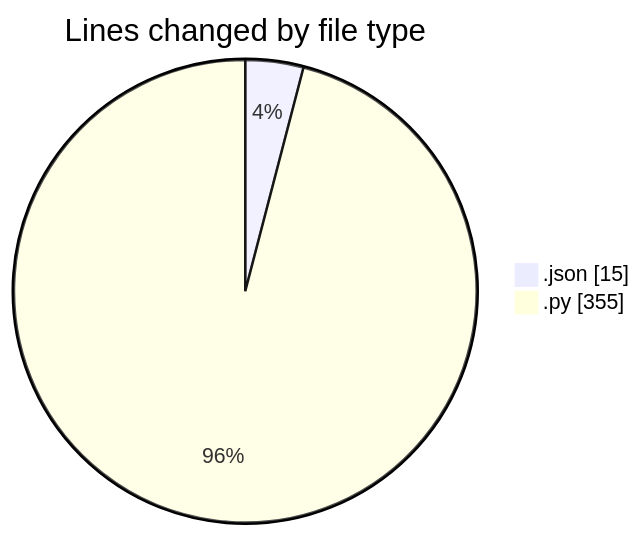
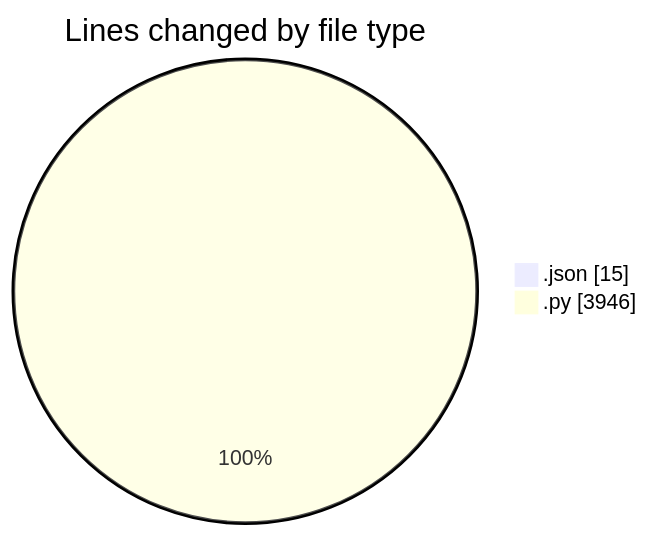
The first of 2 diagrams in 2025-10-04/untitled__workspace_/README.md (MatusMokan/code-tracking), drawn with Mermaid before and after one commit. The commit also changed other lines of this file and 1 other file, not shown here.

````diff
--- a/2025-10-04/untitled__workspace_/README.md
+++ b/2025-10-04/untitled__workspace_/README.md
@@ -21,6 +22,6 @@
 ```mermaid
 pie showData
 title Lines changed by file type
 ".json" : 15
-".py" : 355
+".py" : 3946
 ```
````
